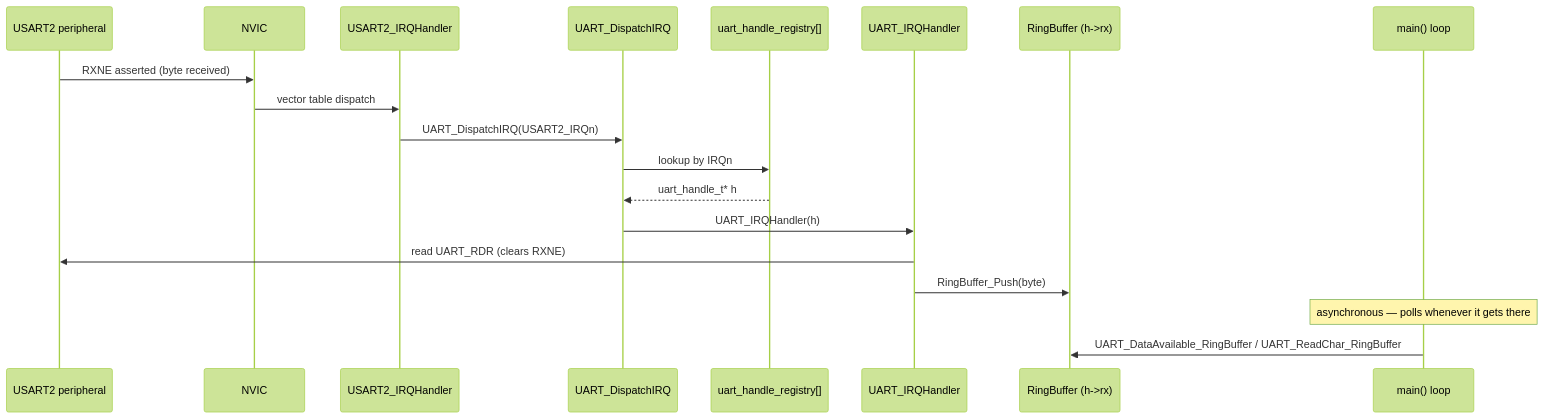
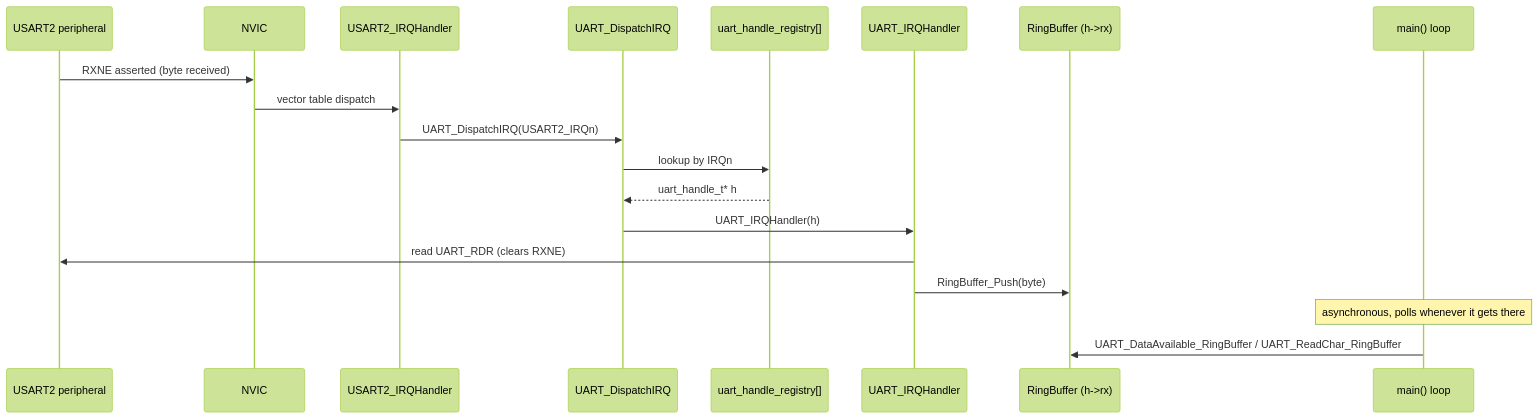
The third of 4 diagrams in docs/uart.md (laumonceri/stm32-baremetal-drivers), drawn with Mermaid (forest theme) before and after one commit. The commit also changed other lines of this file and 8 other files, not shown here.

````diff
--- a/docs/uart.md
+++ b/docs/uart.md
@@ -130,22 +130,22 @@
 ```mermaid
 sequenceDiagram
     participant HW as USART2 peripheral
     participant NVIC
     participant ISR as USART2_IRQHandler
     participant Dispatch as UART_DispatchIRQ
     participant Reg as uart_handle_registry[]
     participant Core as UART_IRQHandler
     participant RB as RingBuffer (h->rx)
     participant Main as main() loop
 
     HW->>NVIC: RXNE asserted (byte received)
     NVIC->>ISR: vector table dispatch
     ISR->>Dispatch: UART_DispatchIRQ(USART2_IRQn)
     Dispatch->>Reg: lookup by IRQn
     Reg-->>Dispatch: uart_handle_t* h
     Dispatch->>Core: UART_IRQHandler(h)
     Core->>HW: read UART_RDR (clears RXNE)
     Core->>RB: RingBuffer_Push(byte)
-    Note over Main: asynchronous — polls whenever it gets there
+    Note over Main: asynchronous, polls whenever it gets there
     Main->>RB: UART_DataAvailable_RingBuffer / UART_ReadChar_RingBuffer
 ```
````
